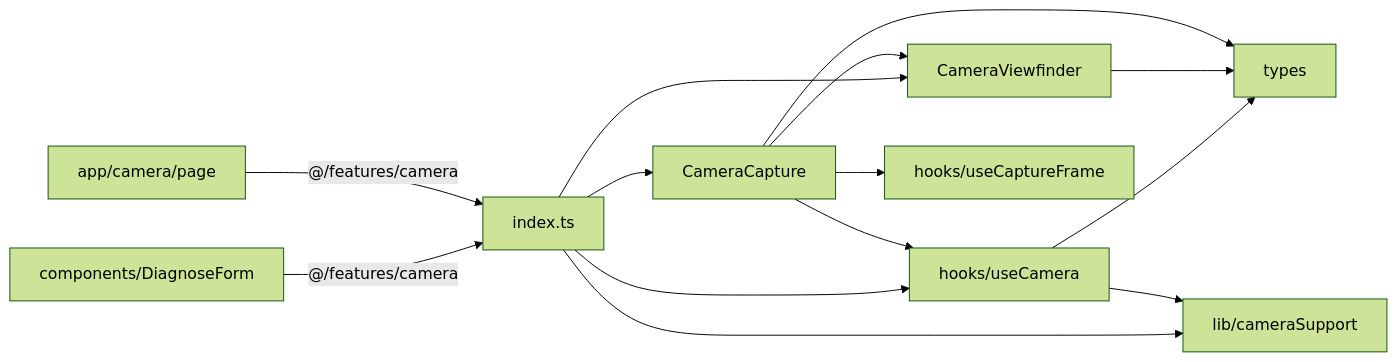
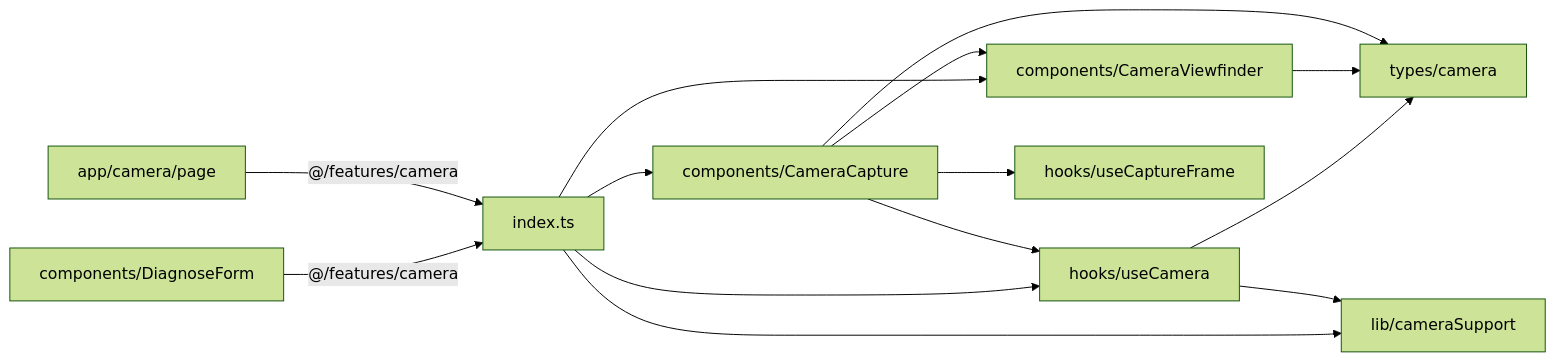
The first of 3 diagrams in docs/xpdocs/15_카메라_구현_현황.md (hs-cropy/Cropy), drawn with Mermaid (forest theme) before and after one commit. The commit also changed other lines of this file, not shown here.

````diff
--- a/docs/xpdocs/15_카메라_구현_현황.md
+++ b/docs/xpdocs/15_카메라_구현_현황.md
@@ -72,16 +73,16 @@
 ```mermaid
 flowchart LR
   DF[components/DiagnoseForm] -->|"@/features/camera"| IDX[index.ts]
   PG[app/camera/page] -->|"@/features/camera"| IDX
-  IDX --> CC[CameraCapture]
-  IDX --> VF[CameraViewfinder]
+  IDX --> CC[components/CameraCapture]
+  IDX --> VF[components/CameraViewfinder]
   IDX --> UC[hooks/useCamera]
   IDX --> CS[lib/cameraSupport]
   CC --> VF
   CC --> UC
   CC --> UCF[hooks/useCaptureFrame]
   UC --> CS
-  UC --> T[types]
+  UC --> T[types/camera]
   VF --> T
   CC --> T
 ```
````
